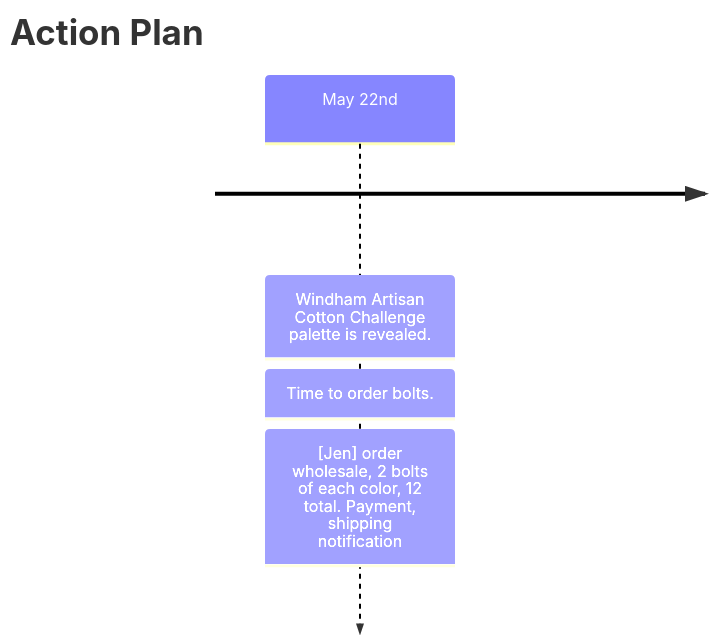
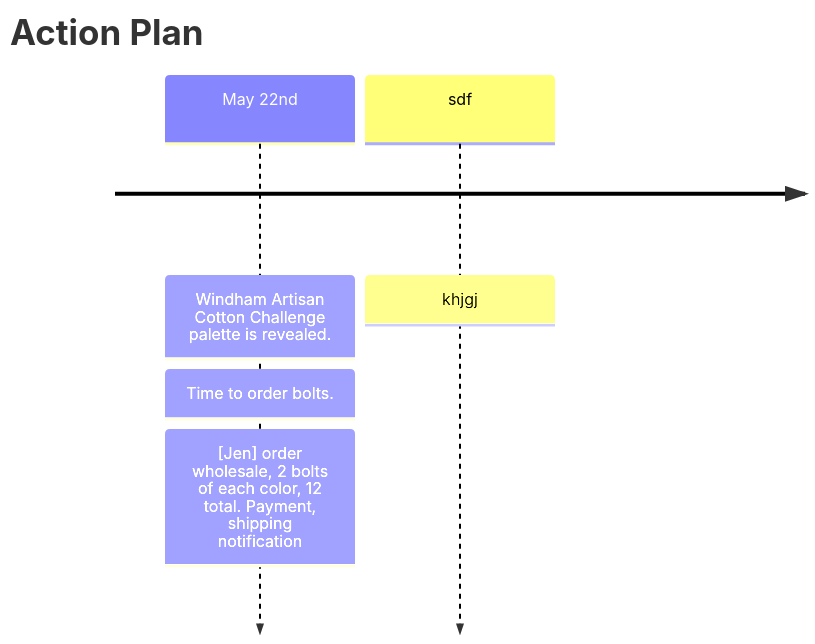
One commit to KikisQuilts/LVMQG_Public changed the diagram in challenges/WindhamArtisanCottonChallenge.md. Above: the diagram before and after it, drawn with Mermaid. The commit also changed other lines of this file, not shown here.

````diff
--- a/challenges/WindhamArtisanCottonChallenge.md
+++ b/challenges/WindhamArtisanCottonChallenge.md
@@ -19,7 +18,8 @@
 ```mermaid
 timeline
     title Action Plan
     May 22nd : Windham Artisan Cotton Challenge palette is revealed.
          : Time to order bolts.
          : [Jen] order wholesale, 2 bolts of each color, 12 total. Payment, shipping notification
+    sdf : khjgj
 ```
````
